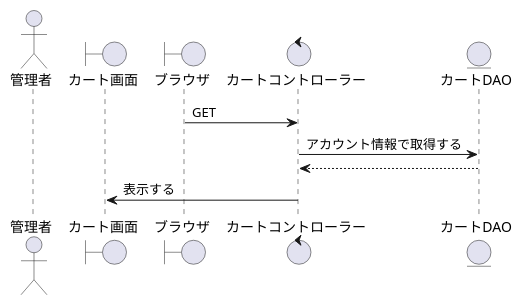
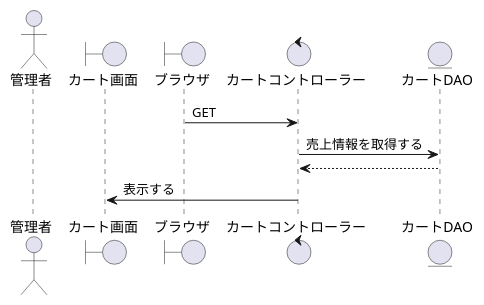
One commit to SK-B-S/PJ changed the diagram in PJ_シーケンス/農家/カテゴリ別売上レポート.wsd. Above: the diagram before and after it, drawn with PlantUML. The commit also changed 6 other files, not shown here.

```diff
--- a/PJ_シーケンス/農家/カテゴリ別売上レポート.wsd
+++ b/PJ_シーケンス/農家/カテゴリ別売上レポート.wsd
@@ -1,16 +1,16 @@
-@startuml カートを表示
+@startuml カテゴリ別売上レポート
 
 actor    "管理者" as act
 boundary "カート画面" as Cart_s
 boundary "ブラウザ" as brz
 control  "カートコントローラー" as Acquisition_c
 entity   "カートDAO" as Cart
 
 '-------------------------------------------------------------------------------------------
 
 brz -> Acquisition_c : GET
-Acquisition_c -> Cart : アカウント情報で取得する
+Acquisition_c -> Cart : 売上情報を取得する
 Acquisition_c <-- Cart
 Cart_s <- Acquisition_c : 表示する
 
 @enduml
```
